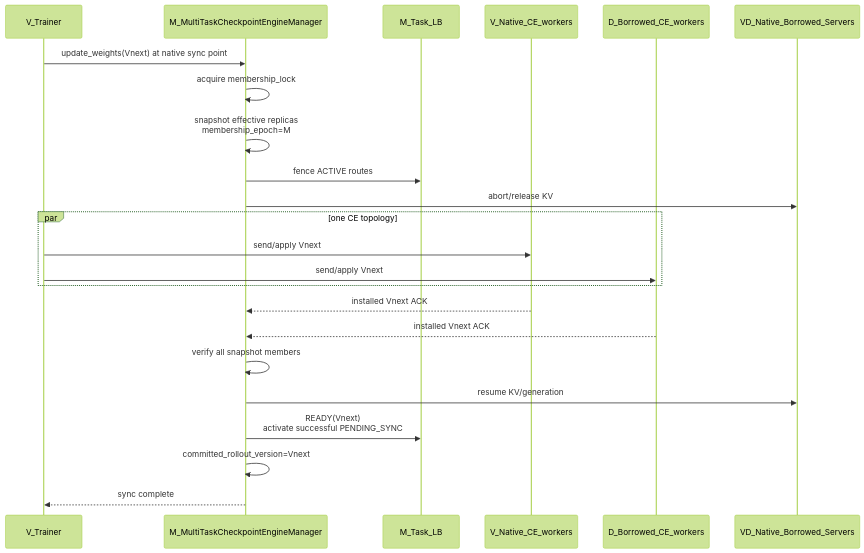
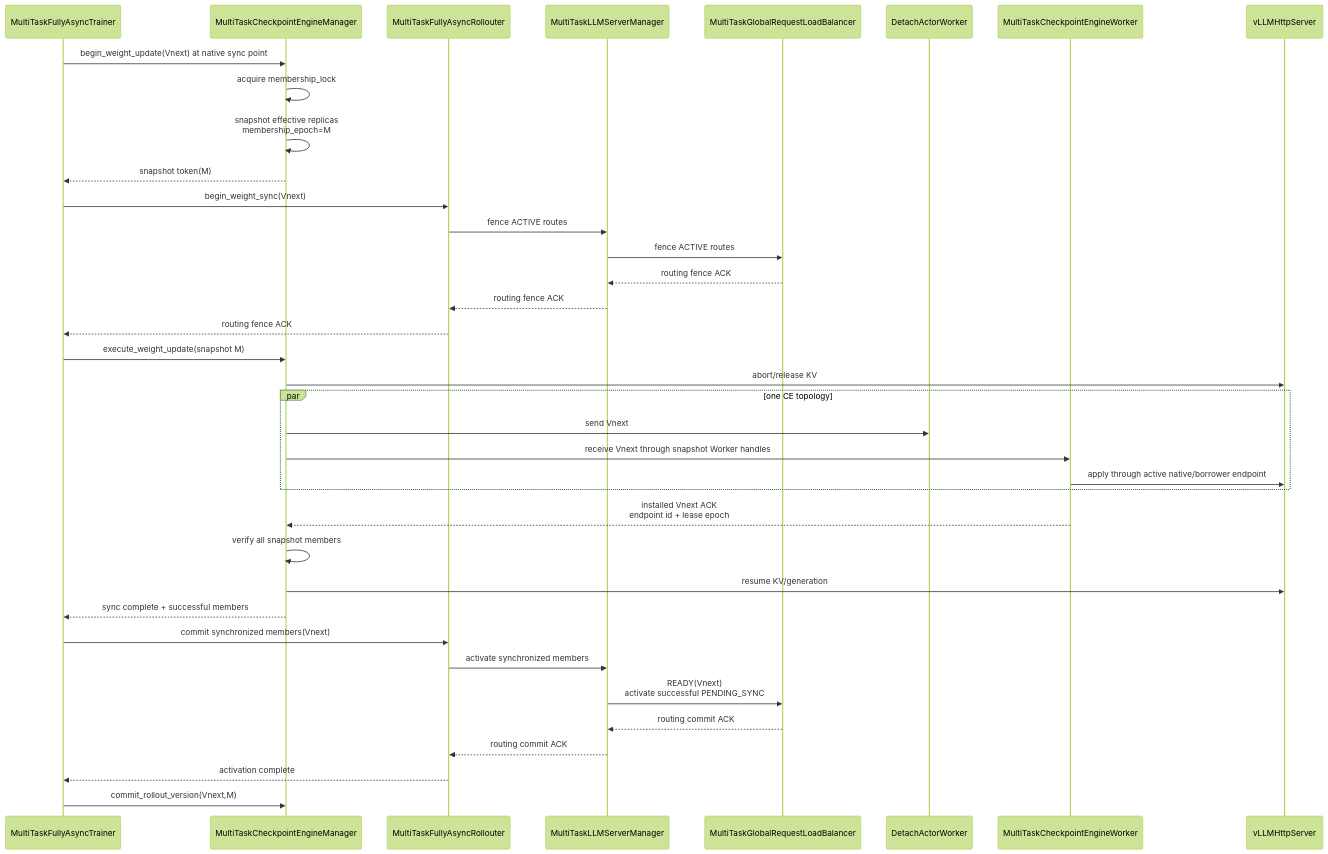
Before and after one commit to niuypei/multi_task_verl: diagram 13 of 13 in multi_task_scheduler/STANDALONE.md, drawn with Mermaid (forest theme). The commit also changed other lines of this file and 4 other files, not shown here.

Commit message:
docs: refine standalone multi-task resource sharing RFC

````diff
--- a/multi_task_scheduler/STANDALONE.md
+++ b/multi_task_scheduler/STANDALONE.md
@@ -1189,26 +2157,40 @@
 ```mermaid
 sequenceDiagram
-    participant T as V_Trainer
-    participant CE as M_MultiTaskCheckpointEngineManager
-    participant LB as M_Task_LB
-    participant NW as V_Native_CE_workers
-    participant BW as D_Borrowed_CE_workers
-    participant S as VD_Native_Borrowed_Servers
+    participant T as MultiTaskFullyAsyncTrainer
+    participant CE as MultiTaskCheckpointEngineManager
+    participant R as MultiTaskFullyAsyncRollouter
+    participant M as MultiTaskLLMServerManager
+    participant LB as MultiTaskGlobalRequestLoadBalancer
+    participant TW as DetachActorWorker
+    participant CW as MultiTaskCheckpointEngineWorker
+    participant S as vLLMHttpServer
 
-    T->>CE: update_weights(Vnext) at native sync point
+    T->>CE: begin_weight_update(Vnext) at native sync point
     CE->>CE: acquire membership_lock
     CE->>CE: snapshot effective replicas<br/>membership_epoch=M
-    CE->>LB: fence ACTIVE routes
+    CE-->>T: snapshot token(M)
+    T->>R: begin_weight_sync(Vnext)
+    R->>M: fence ACTIVE routes
+    M->>LB: fence ACTIVE routes
+    LB-->>M: routing fence ACK
+    M-->>R: routing fence ACK
+    R-->>T: routing fence ACK
+    T->>CE: execute_weight_update(snapshot M)
     CE->>S: abort/release KV
     par one CE topology
-        T->>NW: send/apply Vnext
-        T->>BW: send/apply Vnext
+        CE->>TW: send Vnext
+        CE->>CW: receive Vnext through snapshot Worker handles
+        CW->>S: apply through active native/borrower endpoint
     end
-    NW-->>CE: installed Vnext ACK
-    BW-->>CE: installed Vnext ACK
+    CW-->>CE: installed Vnext ACK<br/>endpoint id + lease epoch
     CE->>CE: verify all snapshot members
     CE->>S: resume KV/generation
-    CE->>LB: READY(Vnext)<br/>activate successful PENDING_SYNC
-    CE->>CE: committed_rollout_version=Vnext
-    CE-->>T: sync complete
+    CE-->>T: sync complete + successful members
+    T->>R: commit synchronized members(Vnext)
+    R->>M: activate synchronized members
+    M->>LB: READY(Vnext)<br/>activate successful PENDING_SYNC
+    LB-->>M: routing commit ACK
+    M-->>R: routing commit ACK
+    R-->>T: activation complete
+    T->>CE: commit_rollout_version(Vnext,M)
 ```
````
